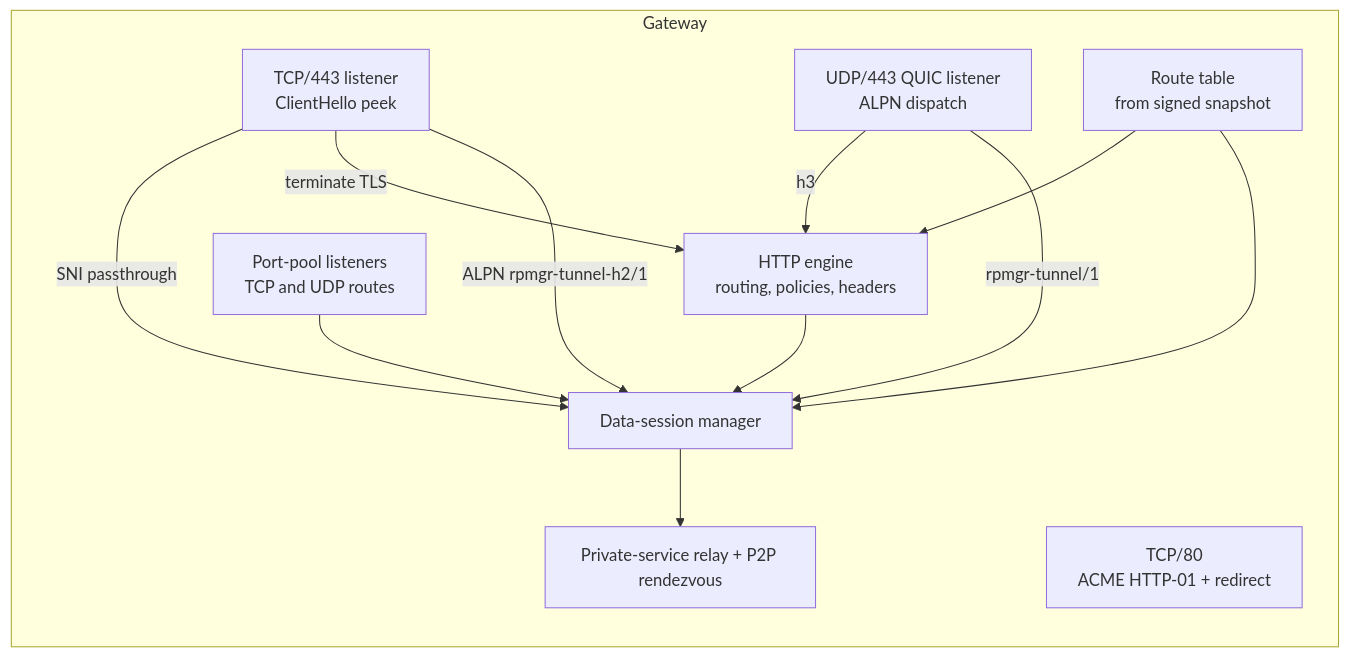
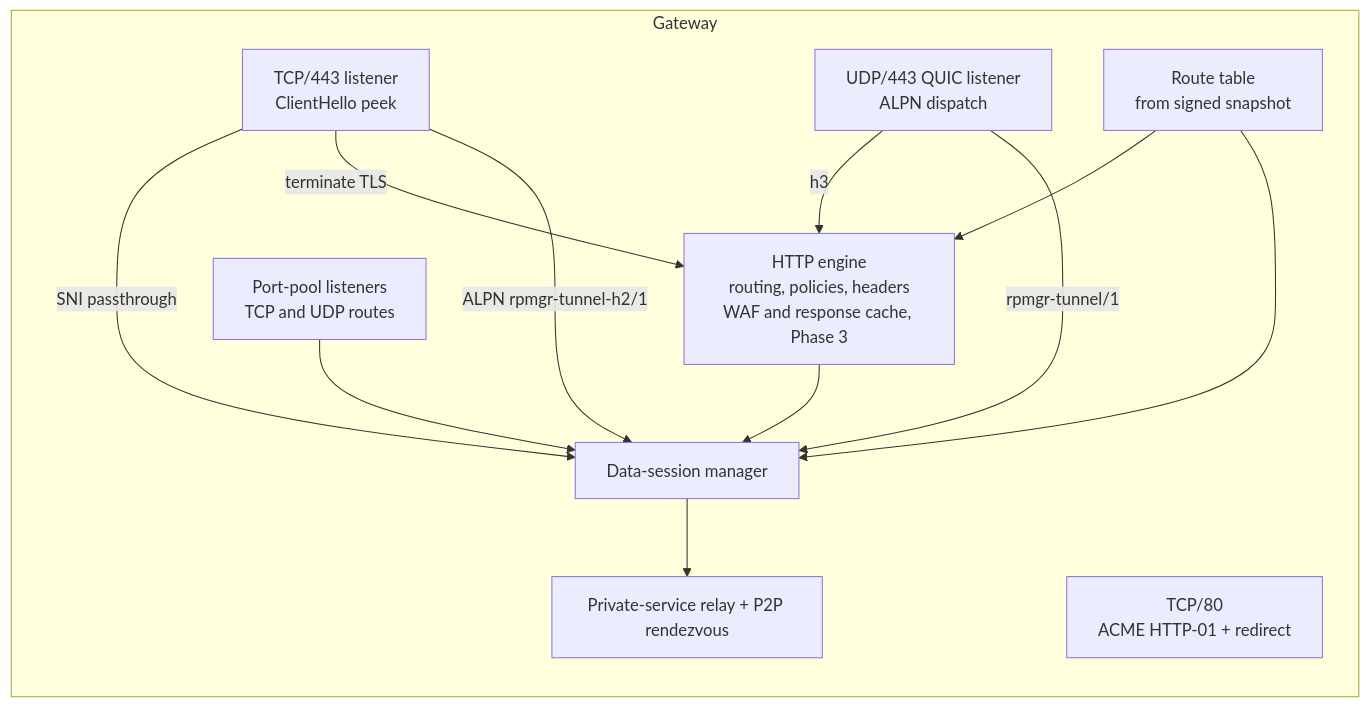
The third of 9 diagrams in docs/02-architecture.md (felix-homelab/rpmgr), drawn with Mermaid before and after one commit. The commit also changed other lines of this file and 16 other files, not shown here.

First line of the commit message:
docs(gateway): design the gateway cache and the WAF

````diff
--- a/docs/02-architecture.md
+++ b/docs/02-architecture.md
@@ -140,22 +140,22 @@
 ```mermaid
 flowchart LR
   subgraph Gateway
     T443[TCP/443 listener<br/>ClientHello peek]
     U443[UDP/443 QUIC listener<br/>ALPN dispatch]
     PP[Port-pool listeners<br/>TCP and UDP routes]
     H80[TCP/80<br/>ACME HTTP-01 + redirect]
-    HTTP[HTTP engine<br/>routing, policies, headers]
+    HTTP[HTTP engine<br/>routing, policies, headers<br/>WAF and response cache, Phase 3]
     SESS[Data-session manager]
     RT[Route table<br/>from signed snapshot]
     RELAY[Private-service relay + P2P rendezvous]
   end
   T443 -->|SNI passthrough| SESS
   T443 -->|terminate TLS| HTTP --> SESS
   T443 -->|ALPN rpmgr-tunnel-h2/1| SESS
   U443 -->|h3| HTTP
   U443 -->|rpmgr-tunnel/1| SESS
   PP --> SESS
   RT --> HTTP
   RT --> SESS
   SESS --> RELAY
 ```
````
